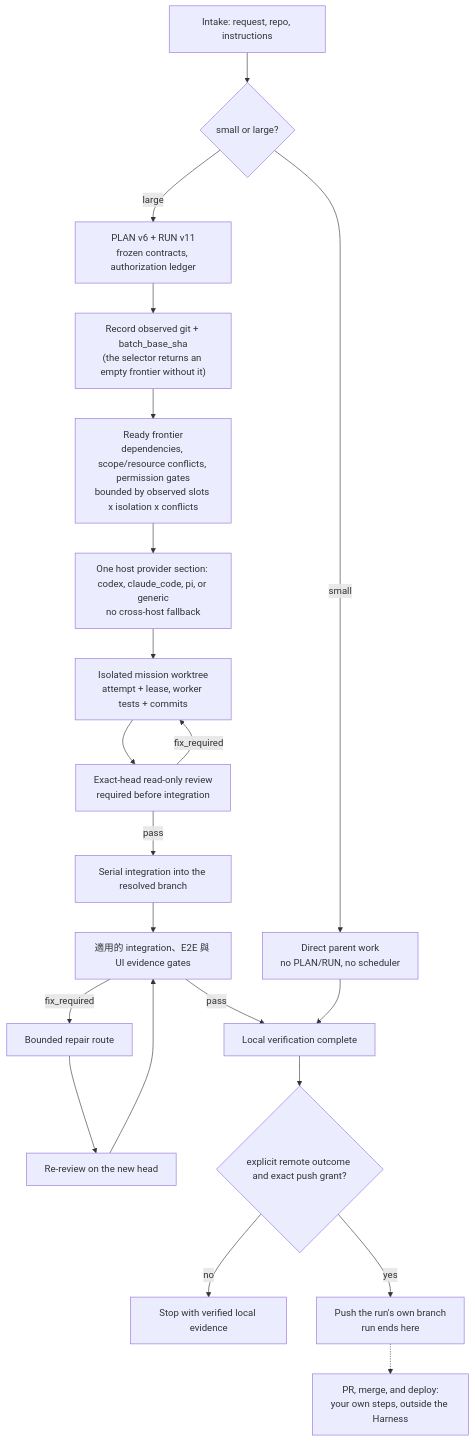
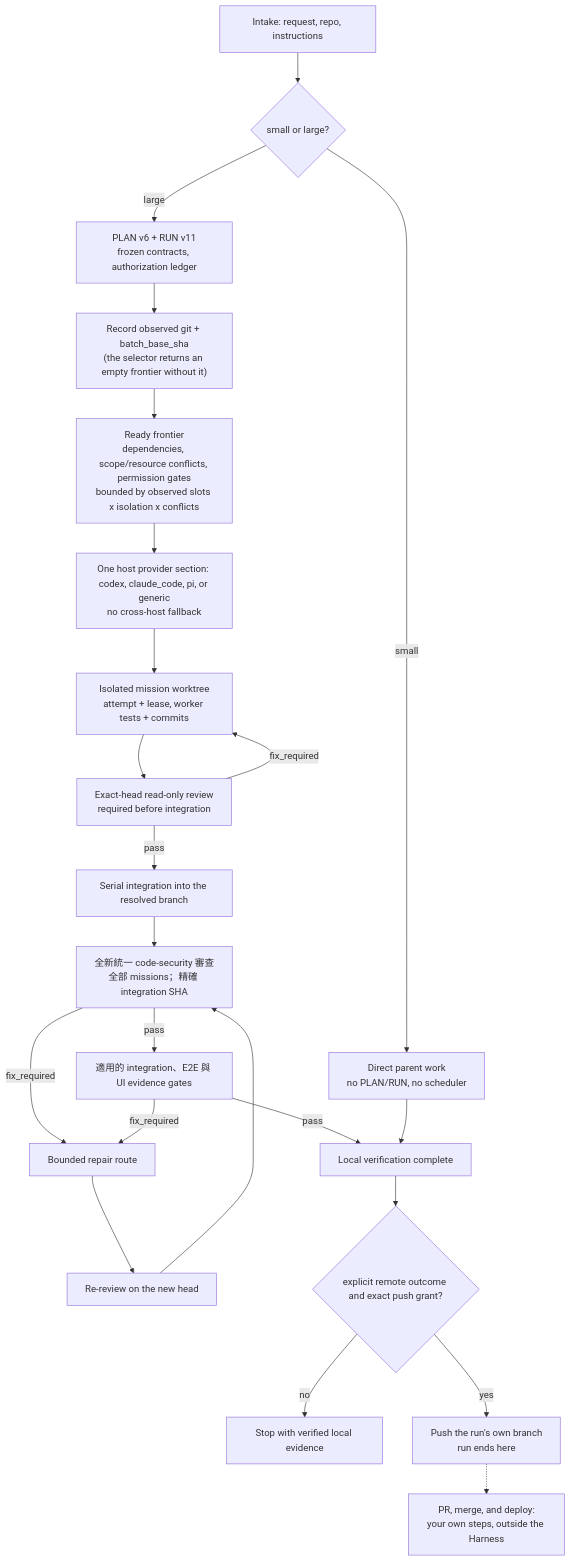
Before and after one commit to Phlegonlabs/product-delivery-harness: the third of 3 diagrams in README.zh-TW.md, drawn with Mermaid. The commit also changed other lines of this file and 60 other files, not shown here.

First line of the commit message:
Add final code security review gate (#85)

````diff
--- a/README.zh-TW.md
+++ b/README.zh-TW.md
@@ -226,23 +233,25 @@
 ```mermaid
 flowchart TB
   Intake["Intake: request, repo, instructions"] --> Size{"small or large?"}
   Size -->|small| Direct["Direct parent work<br/>no PLAN/RUN, no scheduler"]
   Size -->|large| Plan["PLAN v6 + RUN v11<br/>frozen contracts, authorization ledger"]
   Plan --> Observe["Record observed git + batch_base_sha<br/>(the selector returns an empty frontier without it)"]
   Observe --> Frontier["Ready frontier<br/>dependencies, scope/resource conflicts, permission gates<br/>bounded by observed slots x isolation x conflicts"]
   Frontier --> Host["One host provider section: codex, claude_code, pi, or generic<br/>no cross-host fallback"]
   Host --> Work["Isolated mission worktree<br/>attempt + lease, worker tests + commits"]
   Work --> Review["Exact-head read-only review<br/>required before integration"]
   Review -->|pass| Integrate["Serial integration into the resolved branch"]
   Review -->|fix_required| Work
-  Integrate --> Gates["適用的 integration、E2E 與 UI evidence gates"]
-  Gates -->|fix_required| Repair["Bounded repair route"]
+  Integrate --> Security["全新統一 code-security 審查<br/>全部 missions；精確 integration SHA"]
+  Security -->|pass| Gates["適用的 integration、E2E 與 UI evidence gates"]
+  Security -->|fix_required| Repair["Bounded repair route"]
+  Gates -->|fix_required| Repair
   Repair --> Rereview["Re-review on the new head"]
-  Rereview --> Gates
+  Rereview --> Security
   Gates -->|pass| Local["Local verification complete"]
   Direct --> Local
   Local --> Remote{"explicit remote outcome and exact push grant?"}
   Remote -->|no| Done["Stop with verified local evidence"]
   Remote -->|yes| Push["Push the run's own branch<br/>run ends here"]
   Push -.-> Yours["PR, merge, and deploy:<br/>your own steps, outside the Harness"]
 ```
````
